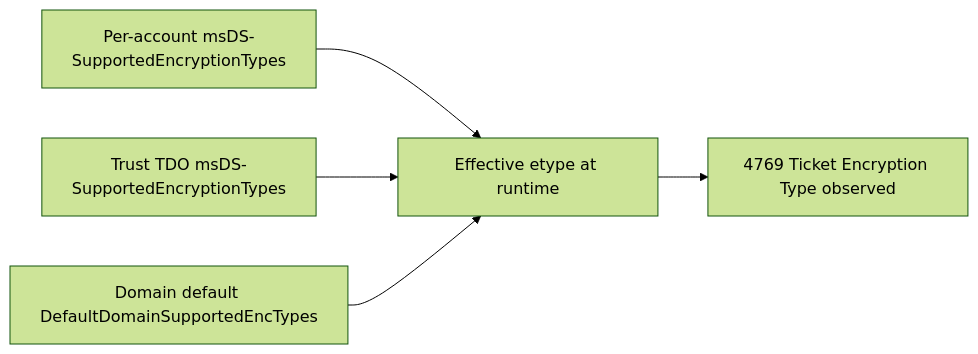
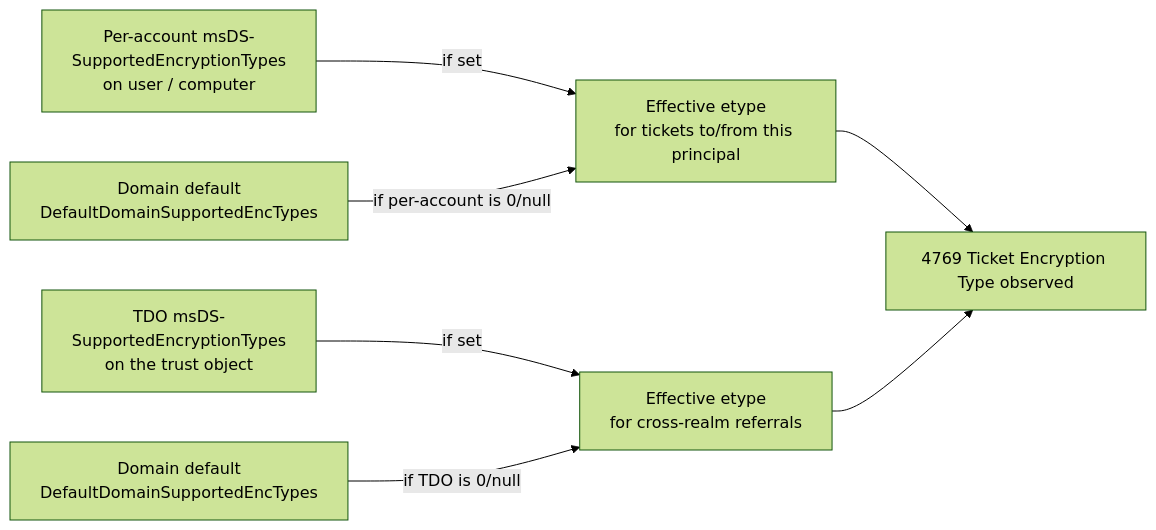
Before and after one commit to 0xMati/Tech-Blog: the first of 2 diagrams in 060 - Active Directory/Hardening/RC4 Hardening/3. Remediation, AES Migration, Cutover, and RC4 Extinction.md, drawn with Mermaid (forest theme). The commit also changed other lines of this file and 1 other file, not shown here.

````diff
--- a/060 - Active Directory/Hardening/RC4 Hardening/3. Remediation, AES Migration, Cutover, and RC4 Extinction.md
+++ b/060 - Active Directory/Hardening/RC4 Hardening/3. Remediation, AES Migration, Cutover, and RC4 Extinction.md
@@ -61,7 +61,9 @@
 ```mermaid
 flowchart LR
-	A[Per-account msDS-SupportedEncryptionTypes] --> D[Effective etype at runtime]
-	B[Trust TDO msDS-SupportedEncryptionTypes] --> D
-	C[Domain default DefaultDomainSupportedEncTypes] --> D
-	D --> E[4769 Ticket Encryption Type observed]
+	A[Per-account msDS-SupportedEncryptionTypes<br/>on user / computer] -- if set --> D1[Effective etype<br/>for tickets to/from this principal]
+	C1[Domain default<br/>DefaultDomainSupportedEncTypes] -- if per-account is 0/null --> D1
+	B[TDO msDS-SupportedEncryptionTypes<br/>on the trust object] -- if set --> D2[Effective etype<br/>for cross-realm referrals]
+	C2[Domain default<br/>DefaultDomainSupportedEncTypes] -- if TDO is 0/null --> D2
+	D1 --> E[4769 Ticket Encryption Type observed]
+	D2 --> E
 ```
````
